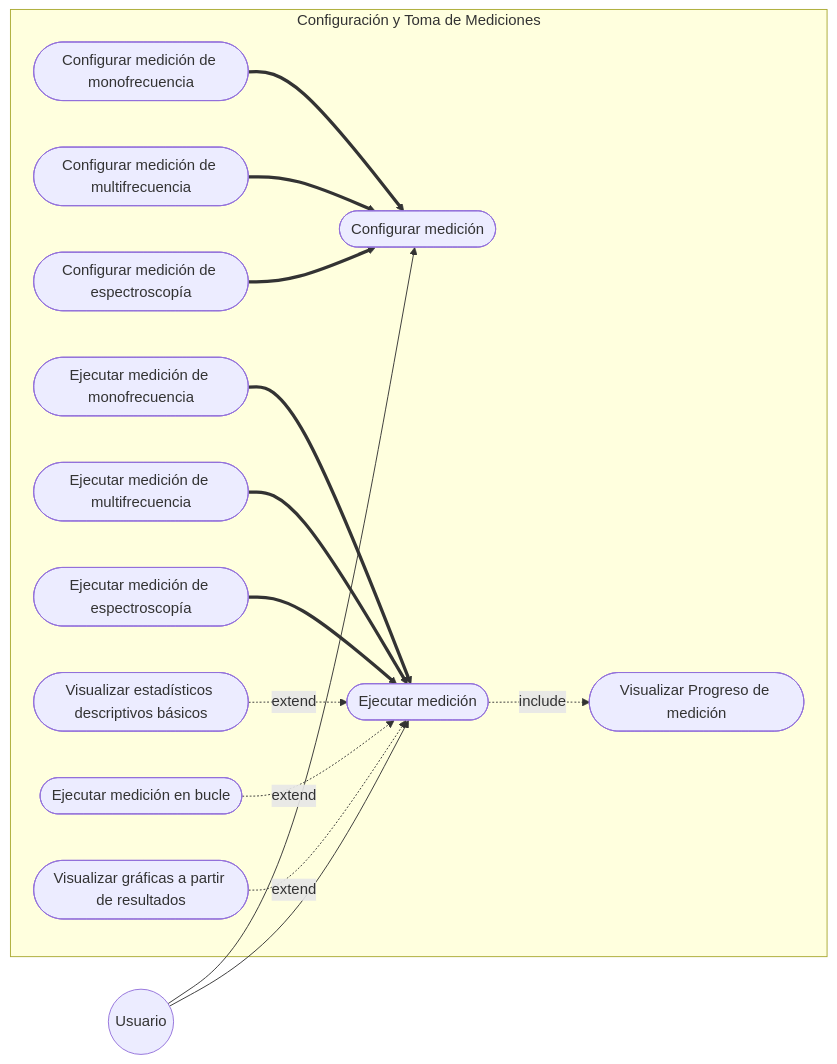
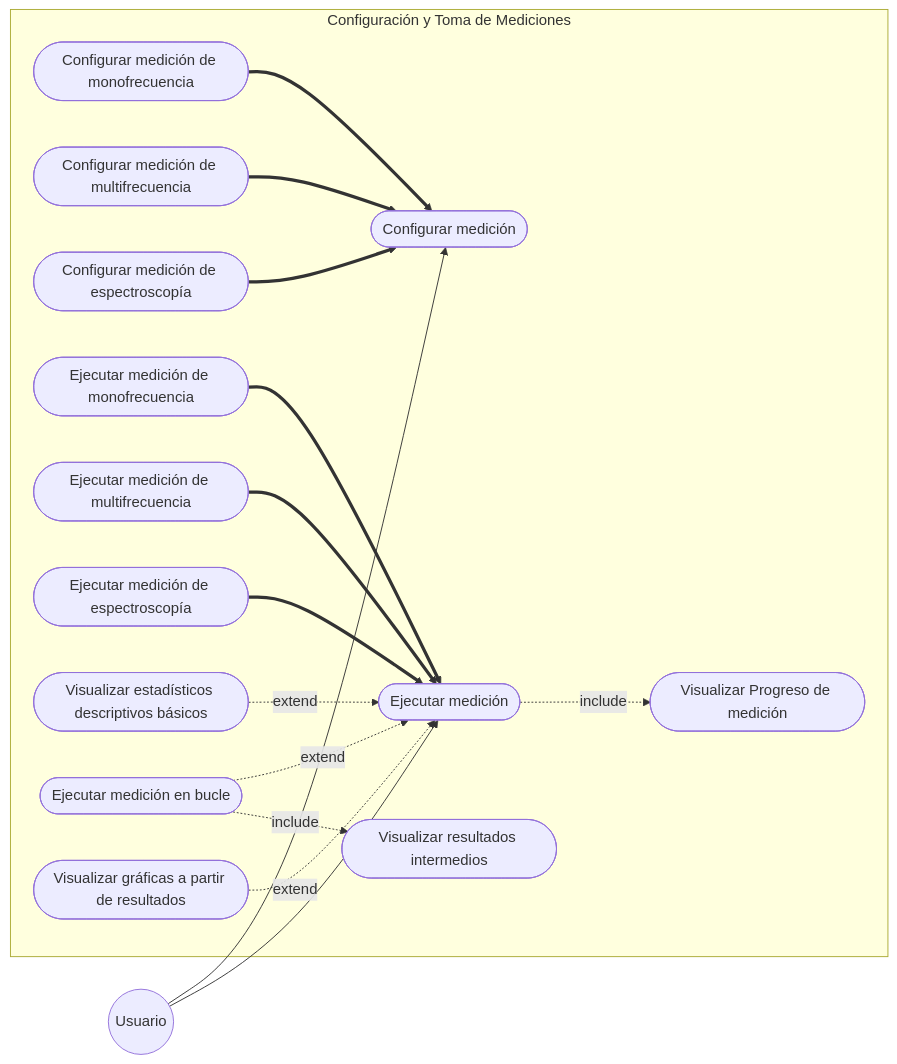
The third of 5 diagrams in Gmini-MarkDown/Diagramas/Diagramas de CU.md (alegrelias/Repo-GMini), drawn with Mermaid before and after one commit. The commit also changed other lines of this file, not shown here.

Commit message:
Se modifican diagramas de CU

````diff
--- a/Gmini-MarkDown/Diagramas/Diagramas de CU.md
+++ b/Gmini-MarkDown/Diagramas/Diagramas de CU.md
@@ -46,39 +46,41 @@
 ```mermaid
 flowchart LR
 %% Actores
 Usuario((Usuario))
 
 subgraph Configuración y Toma de Mediciones
 	CU7([Configurar medición])
 	CU8([Configurar medición de monofrecuencia])
 	CU9([Configurar medición de multifrecuencia])
 	CU10([Configurar medición de espectroscopía])
 	CU11([Ejecutar medición])
 	CU12([Ejecutar medición de monofrecuencia])
 	CU13([Ejecutar medición de multifrecuencia])
 	CU14([Ejecutar medición de espectroscopía])
 	CU15([Visualizar Progreso de medición])
 	CU16([Visualizar estadísticos descriptivos básicos])
 	CU17([Ejecutar medición en bucle])
 	CU18([Visualizar gráficas a partir de resultados])
+	CU19([Visualizar resultados intermedios])
 end
 
 %% Generalización
 CU8 ==> CU7
 CU9 ==> CU7
 CU10 ==> CU7
 CU12 ==> CU11
 CU13 ==> CU11
 CU14 ==> CU11
 
 
 %% Asociaciones
 Usuario --> CU7
 Usuario --> CU11
 
 %% Relaciones Include/Extend
 CU11 -.include.-> CU15
 CU16 -.extend.-> CU11
 CU17 -.extend.-> CU11
 CU18 -.extend.-> CU11
+CU17 -.include.-> CU19
 ```
````
